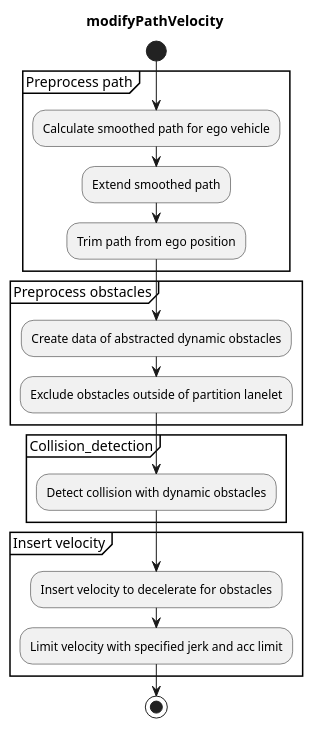
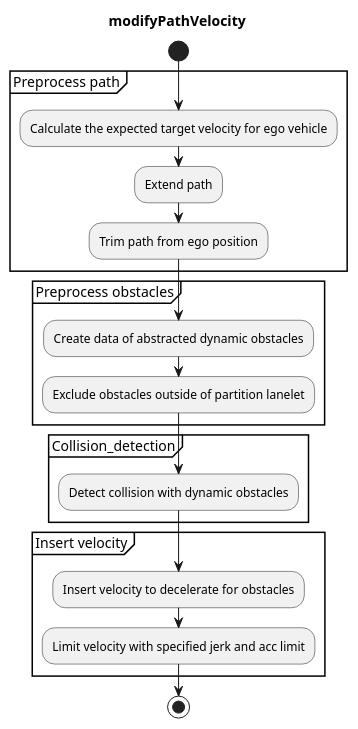
One commit to TomohitoAndo/autoware.universe changed the diagram in planning/behavior_velocity_planner/dynamic-obstacle-stop-design.md. Above: the diagram before and after it, drawn with PlantUML. The commit also changed other lines of this file, not shown here.

Commit message:
fix(behavior_velocity_planner): dynamic obstacle stop planner docs

````diff
--- a/planning/behavior_velocity_planner/dynamic-obstacle-stop-design.md
+++ b/planning/behavior_velocity_planner/dynamic-obstacle-stop-design.md
@@ -17,28 +17,28 @@
 ```plantuml
 @startuml
 title modifyPathVelocity
 start
 
 partition "Preprocess path" {
-:Calculate smoothed path for ego vehicle;
-:Extend smoothed path;
+:Calculate the expected target velocity for ego vehicle;
+:Extend path;
 :Trim path from ego position;
 }
 
 partition "Preprocess obstacles" {
 :Create data of abstracted dynamic obstacles;
 :Exclude obstacles outside of partition lanelet;
 }
 
 partition "Collision_detection" {
 :Detect collision with dynamic obstacles;
 }
 
 partition "Insert velocity" {
 :Insert velocity to decelerate for obstacles;
 
 :Limit velocity with specified jerk and acc limit;
 }
 stop
 @enduml
 ```
````
